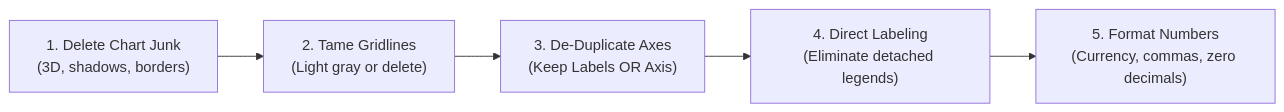
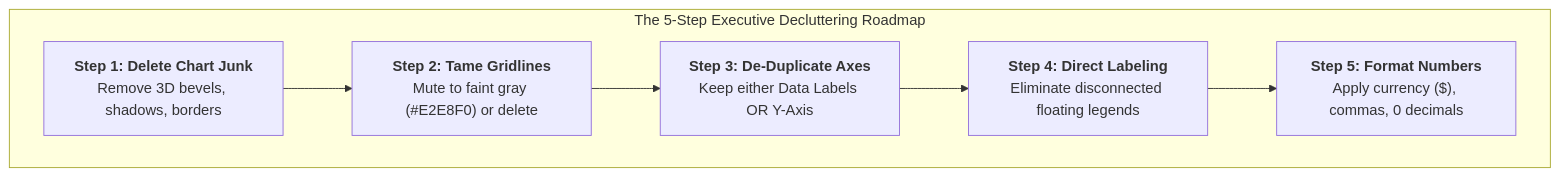
Before and after one commit to Sohila-Khaled-Abbas/COURSE-EXCEL-ZERO-TO-HERO: the second of 4 diagrams in 02_Notes/06_Data_Analysis_Charts/02_Formatting_and_Chart_Design_Rules.md, drawn with Mermaid. The commit also changed other lines of this file and 5 other files, not shown here.

Commit message:
docs(module-06): ground all chart notes in Module_6_Demo.xlsx, add roadmap diagrams and Module 6 reference doc

````diff
--- a/02_Notes/06_Data_Analysis_Charts/02_Formatting_and_Chart_Design_Rules.md
+++ b/02_Notes/06_Data_Analysis_Charts/02_Formatting_and_Chart_Design_Rules.md
@@ -63,7 +70,11 @@
 ```mermaid
 flowchart LR
-    S1["1. Delete Chart Junk<br/>(3D, shadows, borders)"] --> S2["2. Tame Gridlines<br/>(Light gray or delete)"]
-    S2 --> S3["3. De-Duplicate Axes<br/>(Keep Labels OR Axis)"]
-    S3 --> S4["4. Direct Labeling<br/>(Eliminate detached legends)"]
-    S4 --> S5["5. Format Numbers<br/>(Currency, commas, zero decimals)"]
+    subgraph DeclutterRoadmap ["The 5-Step Executive Decluttering Roadmap"]
+        direction LR
+        S1["<b>Step 1: Delete Chart Junk</b><br/>Remove 3D bevels, shadows, borders"] 
+        --> S2["<b>Step 2: Tame Gridlines</b><br/>Mute to faint gray (#E2E8F0) or delete"]
+        --> S3["<b>Step 3: De-Duplicate Axes</b><br/>Keep either Data Labels OR Y-Axis"]
+        --> S4["<b>Step 4: Direct Labeling</b><br/>Eliminate disconnected floating legends"]
+        --> S5["<b>Step 5: Format Numbers</b><br/>Apply currency ($), commas, 0 decimals"]
+    end
 ```
````
